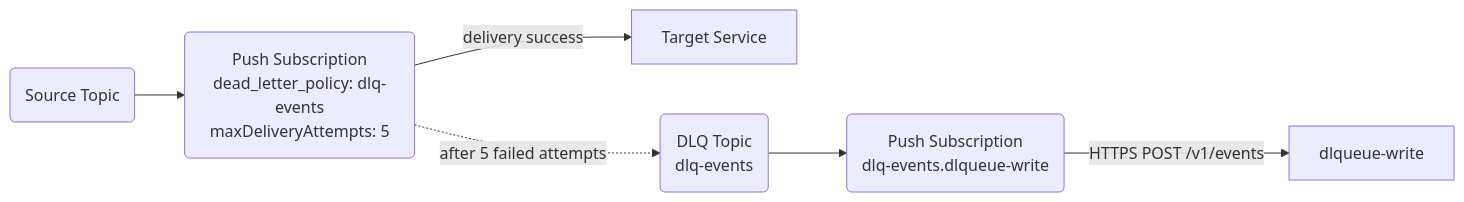
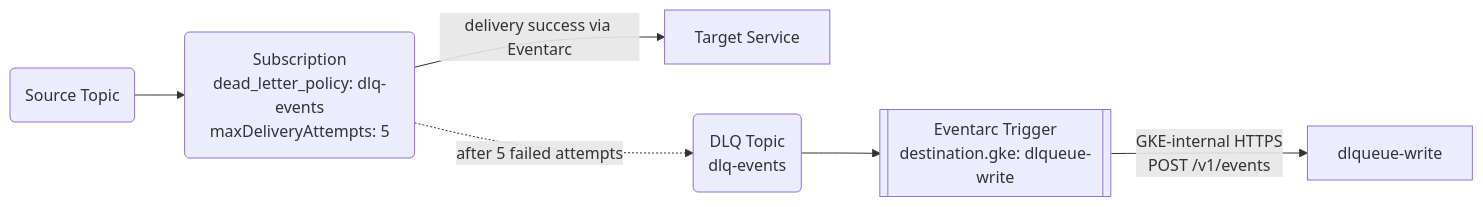
The second of 2 diagrams in docs/comparisons/argo-events-vs-pubsub-eventarc/03-dlq.md (kaio6fellipe/event-driven-bookinfo), drawn with Mermaid before and after one commit. The commit also changed other lines of this file and 5 other files, not shown here.

````diff
--- a/docs/comparisons/argo-events-vs-pubsub-eventarc/03-dlq.md
+++ b/docs/comparisons/argo-events-vs-pubsub-eventarc/03-dlq.md
@@ -33,8 +33,8 @@
 ```mermaid
 flowchart LR
-    Topic(Source Topic) --> Sub(Push Subscription<br/>dead_letter_policy: dlq-events<br/>maxDeliveryAttempts: 5)
-    Sub -->|delivery success| Target[Target Service]
+    Topic(Source Topic) --> Sub(Subscription<br/>dead_letter_policy: dlq-events<br/>maxDeliveryAttempts: 5)
+    Sub -->|delivery success via Eventarc| Target[Target Service]
     Sub -.->|after 5 failed attempts| DLQT(DLQ Topic<br/>dlq-events)
-    DLQT --> DLQSub(Push Subscription<br/>dlq-events.dlqueue-write)
-    DLQSub -->|HTTPS POST /v1/events| DLQW[dlqueue-write]
+    DLQT --> DLQTrigger[[Eventarc Trigger<br/>destination.gke: dlqueue-write]]
+    DLQTrigger -->|GKE-internal HTTPS<br/>POST /v1/events| DLQW[dlqueue-write]
 ```
````
